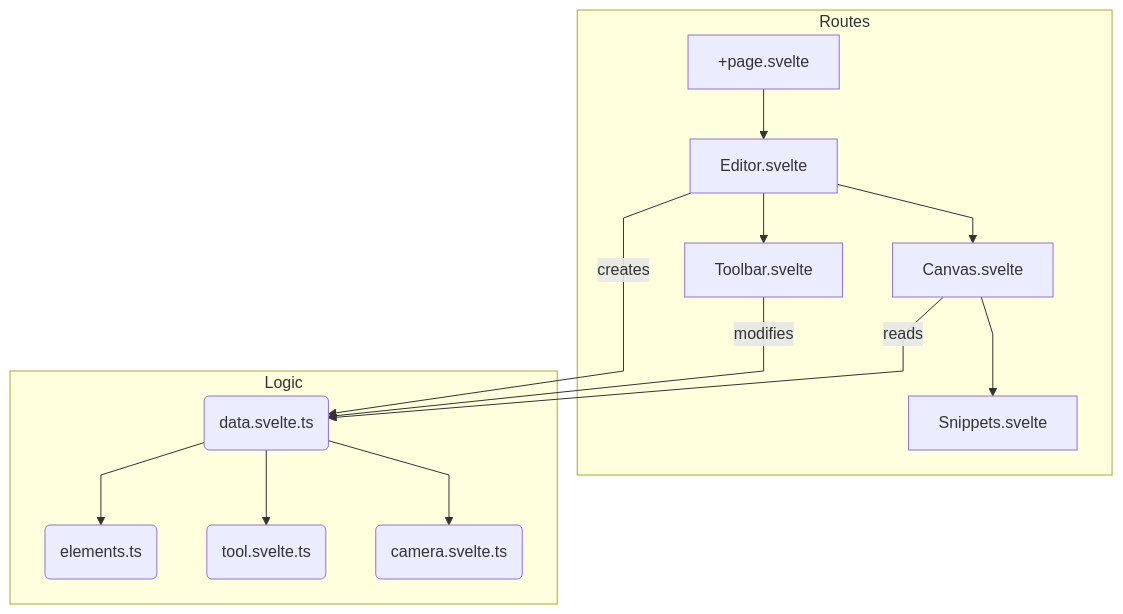
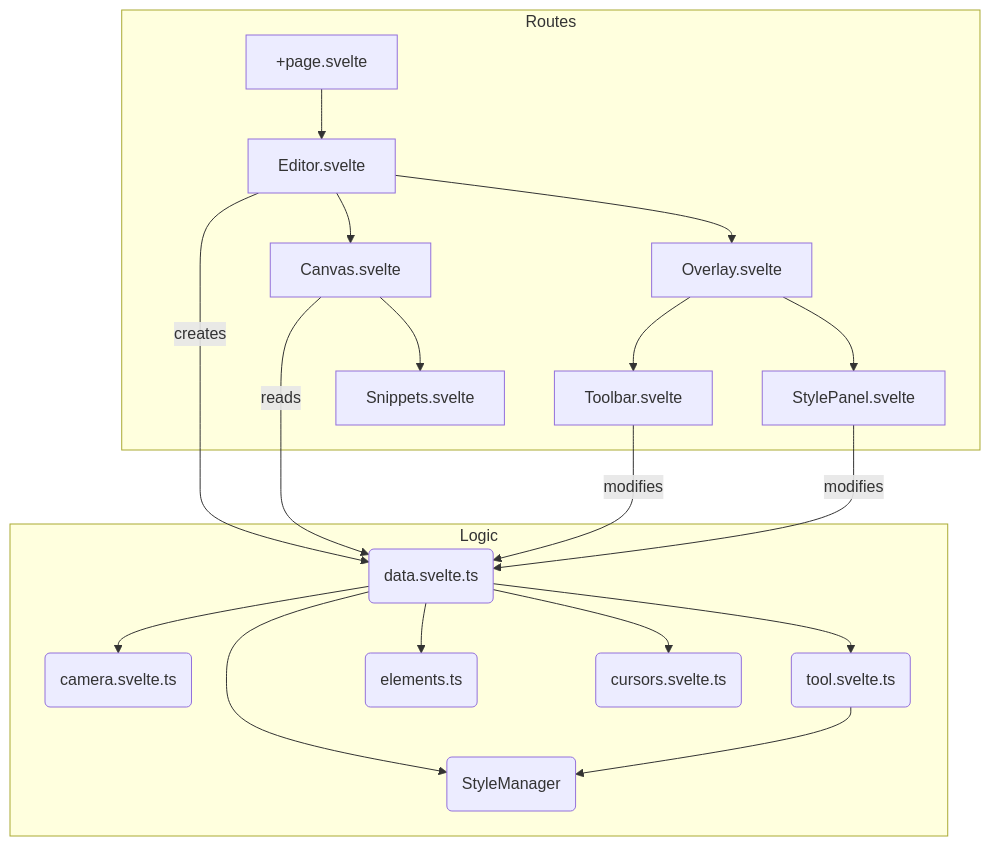
Before and after one commit to RedthMC/motion-whiteboard: the diagram in README.md, drawn with Mermaid.

````diff
--- a/README.md
+++ b/README.md
@@ -12,21 +12,27 @@
 ```mermaid
-%%{init: { 'flowchart': { 'curve': 'linear' } } }%%
 graph TD
     subgraph Routes
         Page[+page.svelte] --> Editor[Editor.svelte]
         Editor --> Canvas[Canvas.svelte]
-        Editor --> Toolbar[Toolbar.svelte]
+        Editor --> Overlay[Overlay.svelte]
+        Overlay --> Toolbar[Toolbar.svelte]
+        Overlay --> StylePanel[StylePanel.svelte]
         Canvas --> Snippets[Snippets.svelte]
     end
 
     Editor -- creates --> AppState
     Canvas -- reads --> AppState
     Toolbar -- modifies --> AppState
+    StylePanel -- modifies --> AppState
     
     subgraph Logic
       AppState(data.svelte.ts)
       AppState --> Camera(camera.svelte.ts)
       AppState --> Tools(tool.svelte.ts)
       AppState --> Elements(elements.ts)
+      AppState --> StyleManager(StyleManager)
+      AppState --> Cursor(cursors.svelte.ts)
+      
+      Tools --> StyleManager
     end
 ```
````
